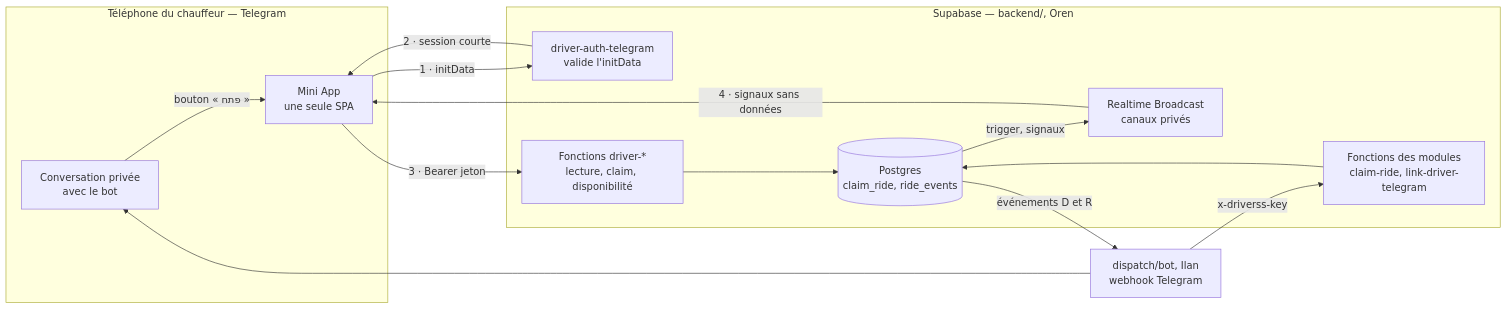
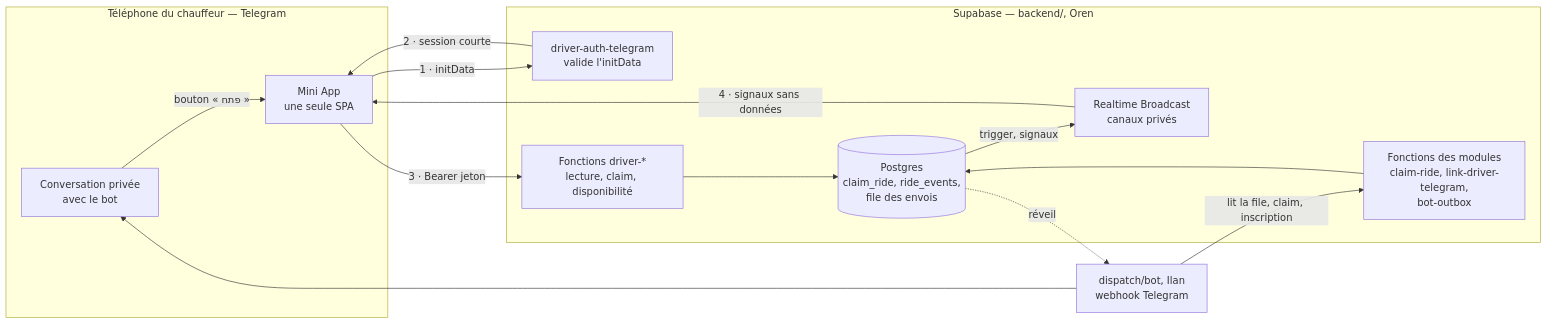
The fifth of 5 diagrams in docs/ARCHITECTURE.md (oren1996/driverss), drawn with Mermaid before and after one commit. The commit also changed other lines of this file and 12 other files, not shown here.

First line of the commit message:
docs: corrections après relecture critique (droits, envois du bot, devis, grand livre)

````diff
--- a/docs/ARCHITECTURE.md
+++ b/docs/ARCHITECTURE.md
@@ -259,29 +304,29 @@
 ```mermaid
 flowchart LR
     subgraph PHONE["Téléphone du chauffeur — Telegram"]
         CHAT["Conversation privée<br/>avec le bot"]
         APP["Mini App<br/>une seule SPA"]
     end
 
     subgraph SB["Supabase — backend/, Oren"]
         AUTH["driver-auth-telegram<br/>valide l'initData"]
         FN["Fonctions driver-*<br/>lecture, claim, disponibilité"]
-        MOD["Fonctions des modules<br/>claim-ride, link-driver-telegram"]
-        SQL[("Postgres<br/>claim_ride, ride_events")]
+        MOD["Fonctions des modules<br/>claim-ride, link-driver-telegram,<br/>bot-outbox"]
+        SQL[("Postgres<br/>claim_ride, ride_events,<br/>file des envois")]
         RT["Realtime Broadcast<br/>canaux privés"]
     end
 
     BOTSRV["dispatch/bot, Ilan<br/>webhook Telegram"]
 
     CHAT -->|bouton « פתח »| APP
     APP -->|1 · initData| AUTH
     AUTH -->|2 · session courte| APP
     APP -->|3 · Bearer jeton| FN
     FN --> SQL
     MOD --> SQL
     SQL -->|trigger, signaux| RT
     RT -->|4 · signaux sans données| APP
-    SQL -->|événements D et R| BOTSRV
-    BOTSRV -->|x-driverss-key| MOD
+    SQL -.->|réveil| BOTSRV
+    BOTSRV -->|lit la file, claim, inscription| MOD
     BOTSRV --> CHAT
 ```
````
